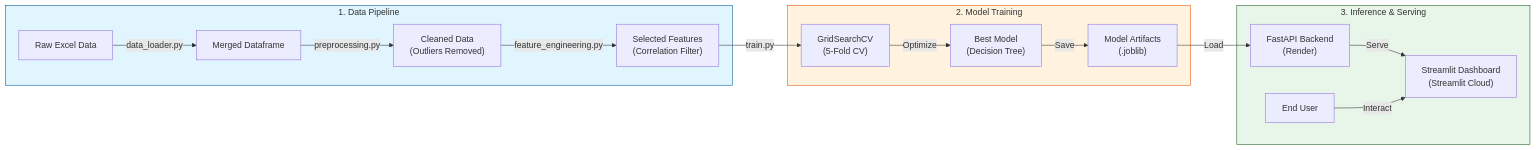
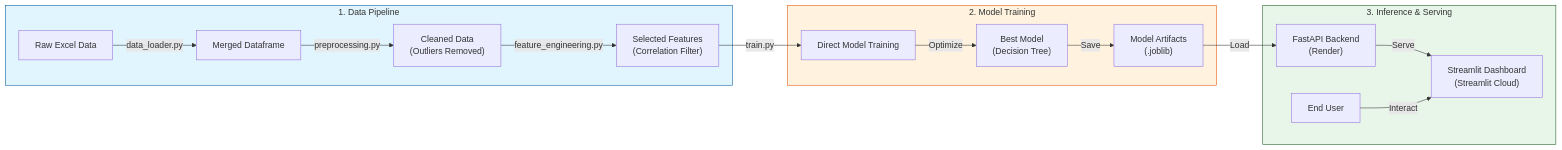
Before and after one commit to VIVPM/customer-churn-prediction: the diagram in README.md, drawn with Mermaid. The commit also changed other lines of this file, not shown here.

````diff
--- a/README.md
+++ b/README.md
@@ -26,28 +26,28 @@
 ```mermaid
 graph LR
     %% Data Stage
     subgraph Data_Pipeline [1. Data Pipeline]
         Raw[Raw Excel Data] -->|data_loader.py| Merged[Merged Dataframe]
         Merged -->|preprocessing.py| Clean["Cleaned Data<br>(Outliers Removed)"]
         Clean -->|feature_engineering.py| Features["Selected Features<br>(Correlation Filter)"]
     end
 
     %% Training Stage
     subgraph Training_Pipeline [2. Model Training]
-        Features -->|train.py| Grid["GridSearchCV<br>(5-Fold CV)"]
+        Features -->|train.py| Grid["Direct Model Training"]
         Grid -->|Optimize| Best["Best Model<br>(Decision Tree)"]
         Best -->|Save| Artifacts["Model Artifacts<br>(.joblib)"]
     end
 
     %% Serving Stage
     subgraph Deployment [3. Inference & Serving]
         Artifacts -->|Load| API["FastAPI Backend<br>(Render)"]
         API -->|Serve| UI["Streamlit Dashboard<br>(Streamlit Cloud)"]
         User[End User] -->|Interact| UI
     end
 
     %% Styling
     style Data_Pipeline fill:#e1f5fe,stroke:#01579b
     style Training_Pipeline fill:#fff3e0,stroke:#e65100
     style Deployment fill:#e8f5e9,stroke:#1b5e20
 ```
````
